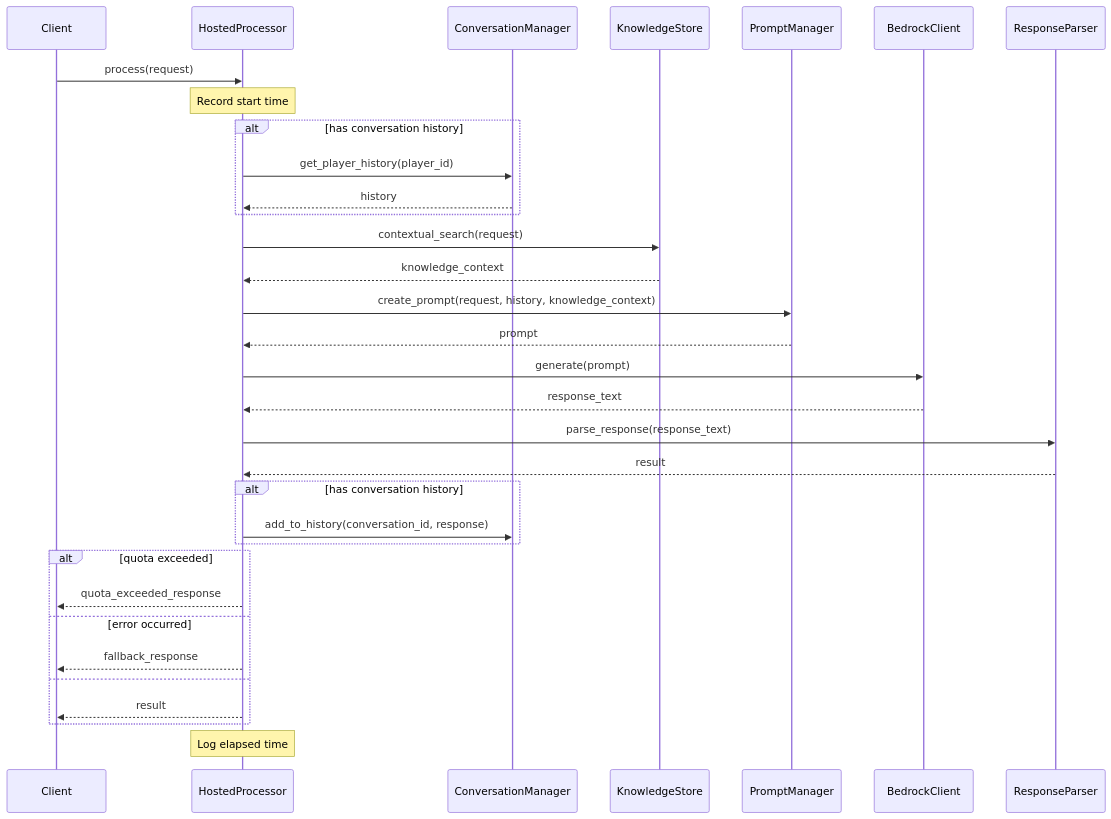
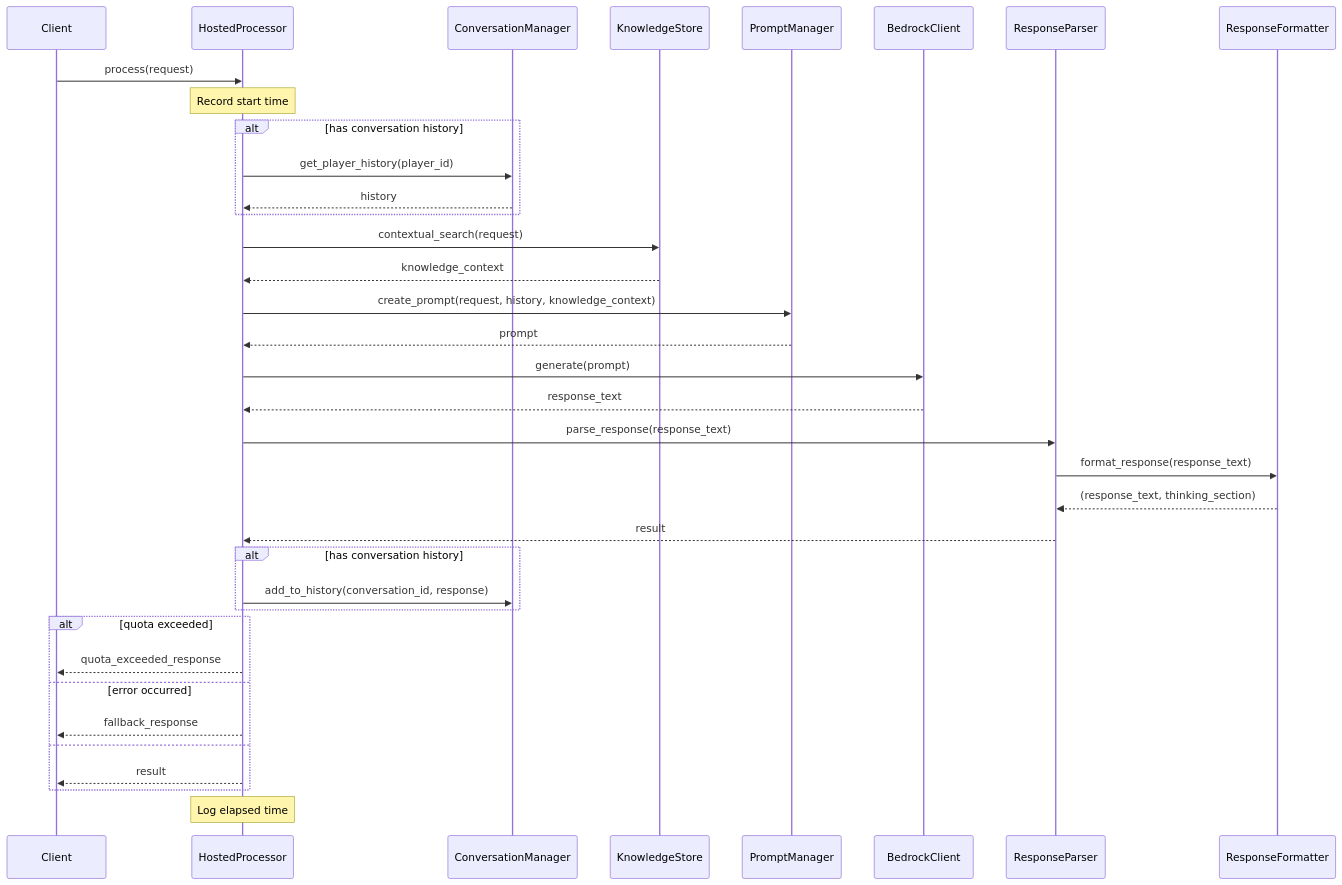
Before and after one commit to jbisetto/npc-ai: the fourth of 4 diagrams in docs/request_processing_flow.md, drawn with Mermaid. The commit also changed other lines of this file and 23 other files, not shown here.

````diff
--- a/docs/request_processing_flow.md
+++ b/docs/request_processing_flow.md
@@ -75,36 +105,38 @@
 ```mermaid
 sequenceDiagram
     Client->>HostedProcessor: process(request)
     Note over HostedProcessor: Record start time
     
     alt has conversation history
         HostedProcessor->>ConversationManager: get_player_history(player_id)
         ConversationManager-->>HostedProcessor: history
     end
     
     HostedProcessor->>KnowledgeStore: contextual_search(request)
     KnowledgeStore-->>HostedProcessor: knowledge_context
     
     HostedProcessor->>PromptManager: create_prompt(request, history, knowledge_context)
     PromptManager-->>HostedProcessor: prompt
     
     HostedProcessor->>BedrockClient: generate(prompt)
     BedrockClient-->>HostedProcessor: response_text
     
     HostedProcessor->>ResponseParser: parse_response(response_text)
+    ResponseParser->>ResponseFormatter: format_response(response_text)
+    ResponseFormatter-->>ResponseParser: (response_text, thinking_section)
     ResponseParser-->>HostedProcessor: result
     
     alt has conversation history
         HostedProcessor->>ConversationManager: add_to_history(conversation_id, response)
     end
     
     alt quota exceeded
         HostedProcessor-->>Client: quota_exceeded_response
     else error occurred
         HostedProcessor-->>Client: fallback_response
     else
         HostedProcessor-->>Client: result
     end
     
     Note over HostedProcessor: Log elapsed time
 ```
````
